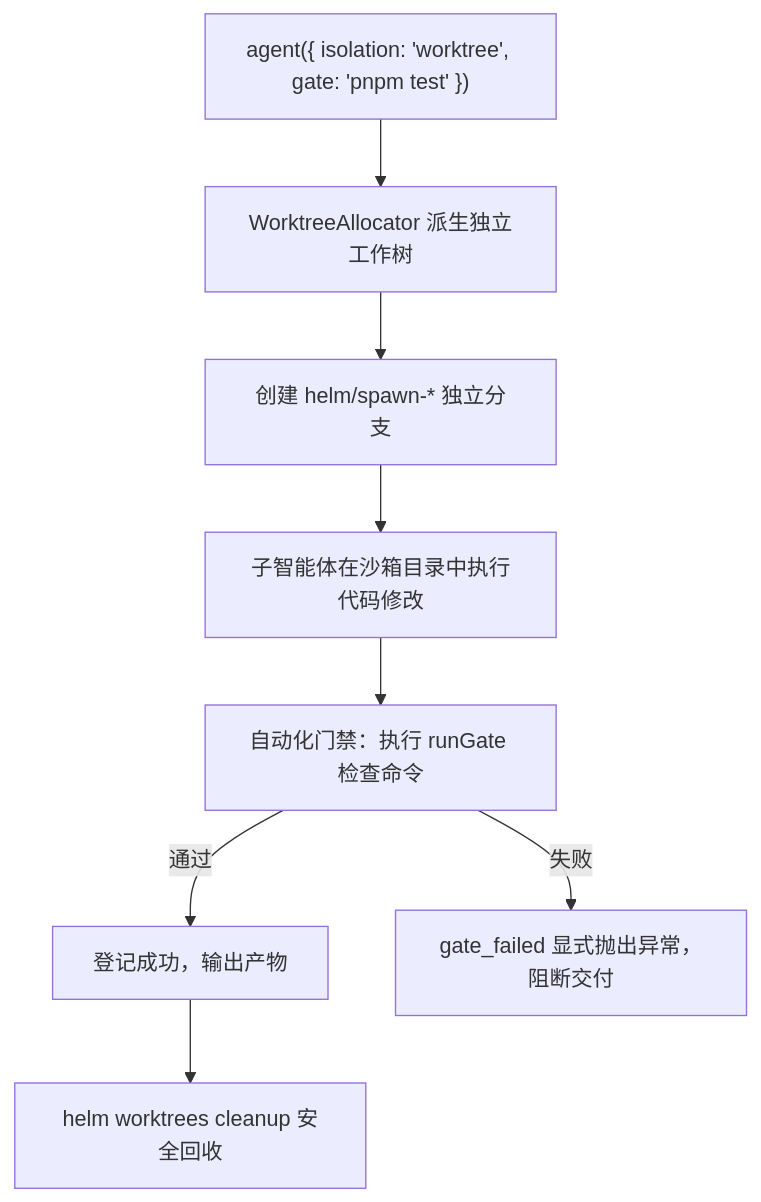
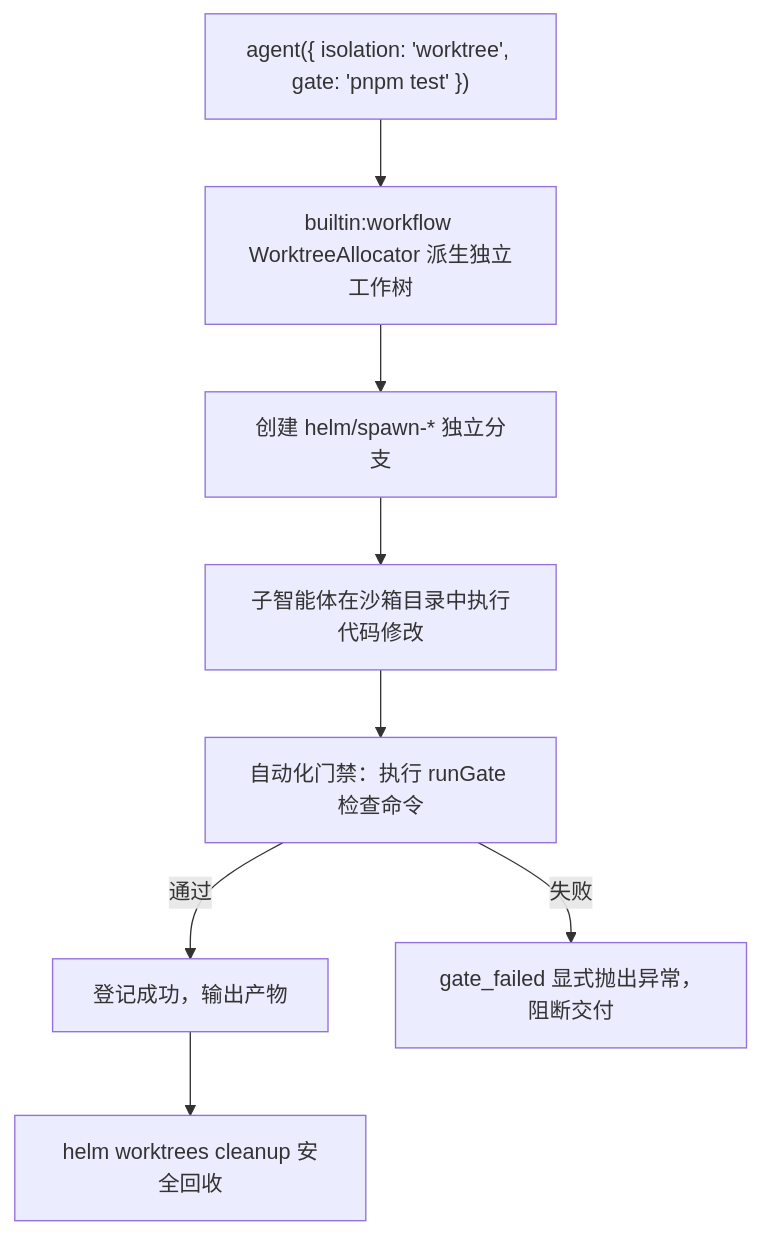
The first of 2 diagrams in docs/workflows/worktree-and-gate.md (team4u/helm), drawn with Mermaid before and after one commit. The commit also changed other lines of this file and 10 other files, not shown here.

Commit message:
docs(architecture): 微内核瘦身契约同步——移除双7对称与watchdog_tick、Worktree迁入workflow、client.tsx单轨与json-render/mermaid插件化

````diff
--- a/docs/workflows/worktree-and-gate.md
+++ b/docs/workflows/worktree-and-gate.md
@@ -16,10 +16,10 @@
 ```mermaid
 flowchart TD
-    Req["agent({ isolation: 'worktree', gate: 'pnpm test' })"] --> Alloc["WorktreeAllocator 派生独立工作树"]
+    Req["agent({ isolation: 'worktree', gate: 'pnpm test' })"] --> Alloc["builtin:workflow WorktreeAllocator 派生独立工作树"]
     Alloc --> Branch["创建 helm/spawn-* 独立分支"]
     Branch --> Exec["子智能体在沙箱目录中执行代码修改"]
     Exec --> Gate["自动化门禁：执行 runGate 检查命令"]
     Gate -->|通过| Pass["登记成功，输出产物"]
     Gate -->|失败| Fail["gate_failed 显式抛出异常，阻断交付"]
     Pass --> Clean["helm worktrees cleanup 安全回收"]
 ```
````
